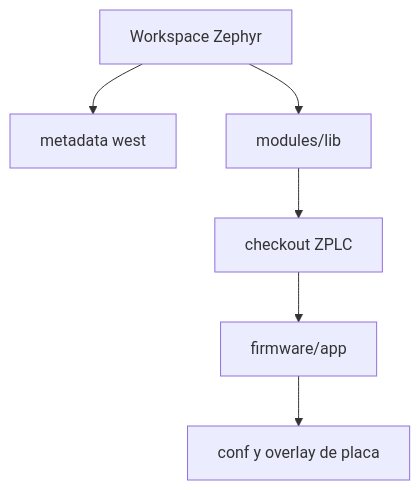
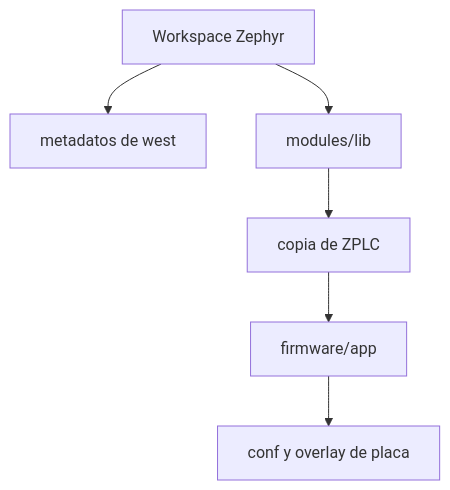
Before and after one commit to eduardojvieira/ZPLC: the diagram in docs/i18n/es/docusaurus-plugin-content-docs/current/reference/zephyr-workspace-setup.md, drawn with Mermaid. The commit also changed other lines of this file and 18 other files, not shown here.

Commit message:
docs(es): rewrite the architecture page and use the Studio vocabulary for load and breakpoint

````diff
--- a/docs/i18n/es/docusaurus-plugin-content-docs/current/reference/zephyr-workspace-setup.md
+++ b/docs/i18n/es/docusaurus-plugin-content-docs/current/reference/zephyr-workspace-setup.md
@@ -31,9 +31,9 @@
 ```mermaid
 flowchart TD
   ROOT[Workspace Zephyr]
-  ROOT --> WEST[metadata west]
+  ROOT --> WEST[metadatos de west]
   ROOT --> MODULES[modules/lib]
-  MODULES --> ZPLC[checkout ZPLC]
+  MODULES --> ZPLC[copia de ZPLC]
   ZPLC --> APP[firmware/app]
   APP --> BOARDS[conf y overlay de placa]
 ```
````
